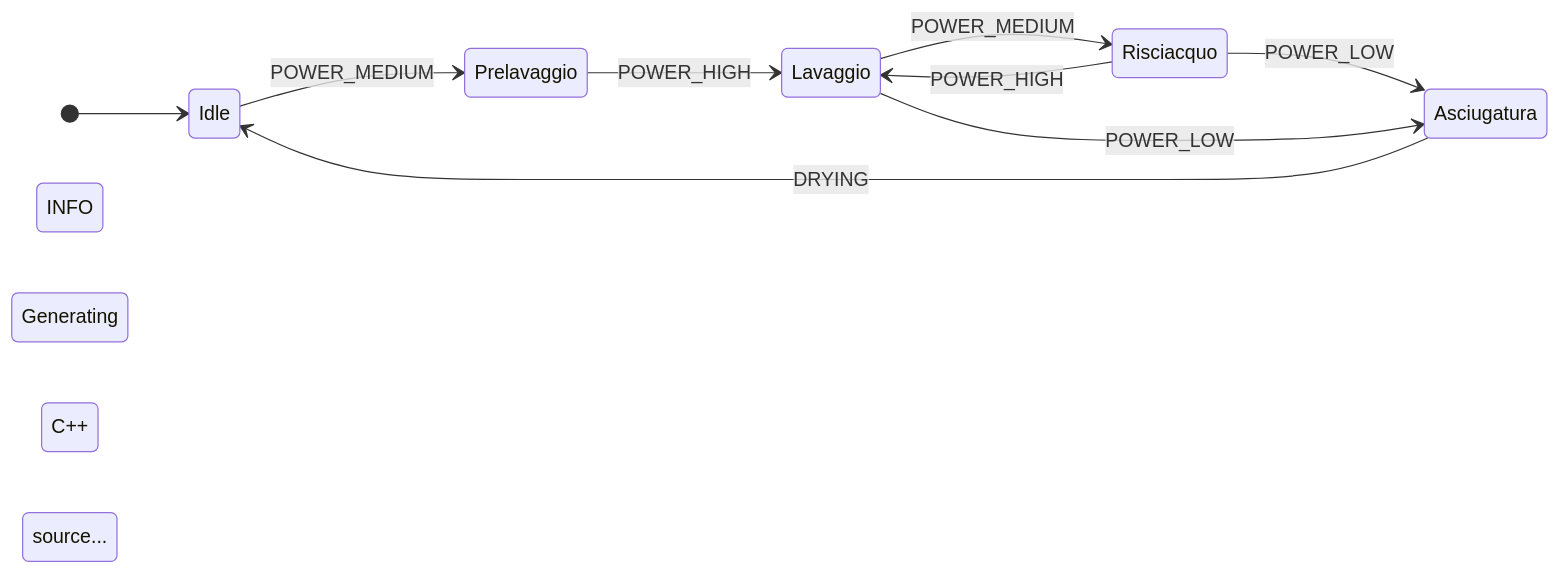
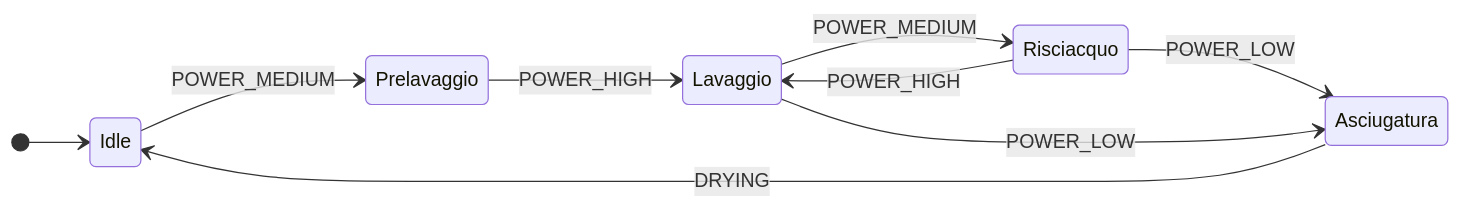
The first of 2 diagrams in elettrodomestici_2023/lavastoviglie.md (jumping2000/ha-packages), drawn with Mermaid before and after one commit. The commit also changed other lines of this file, not shown here.

````diff
--- a/elettrodomestici_2023/lavastoviglie.md
+++ b/elettrodomestici_2023/lavastoviglie.md
@@ -446,14 +447,12 @@
 ```mermaid
 stateDiagram-v2
   direction LR
   [*] --> Idle
   Idle --> Prelavaggio: POWER_MEDIUM
   Lavaggio --> Risciacquo: POWER_MEDIUM
   Prelavaggio --> Lavaggio: POWER_HIGH
   Risciacquo --> Lavaggio: POWER_HIGH
   Risciacquo --> Asciugatura: POWER_LOW
   Lavaggio --> Asciugatura: POWER_LOW
   Asciugatura --> Idle: DRYING
-
-INFO Generating C++ source...
 ```
````
